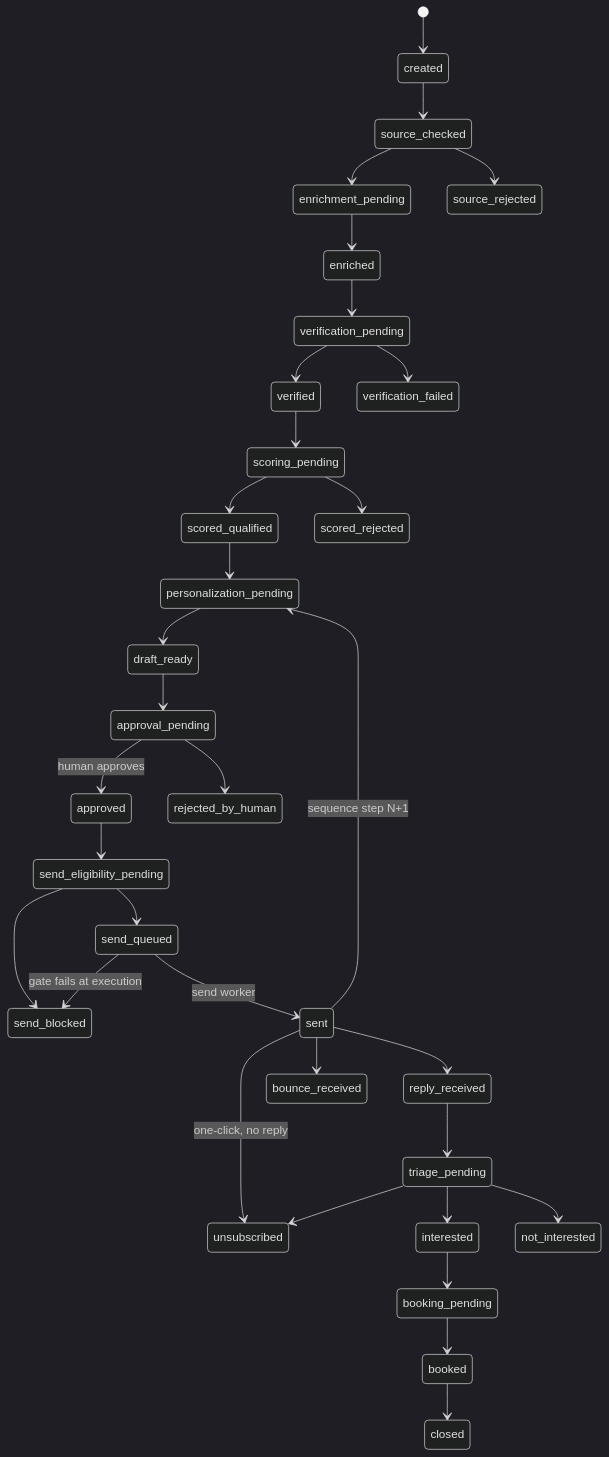
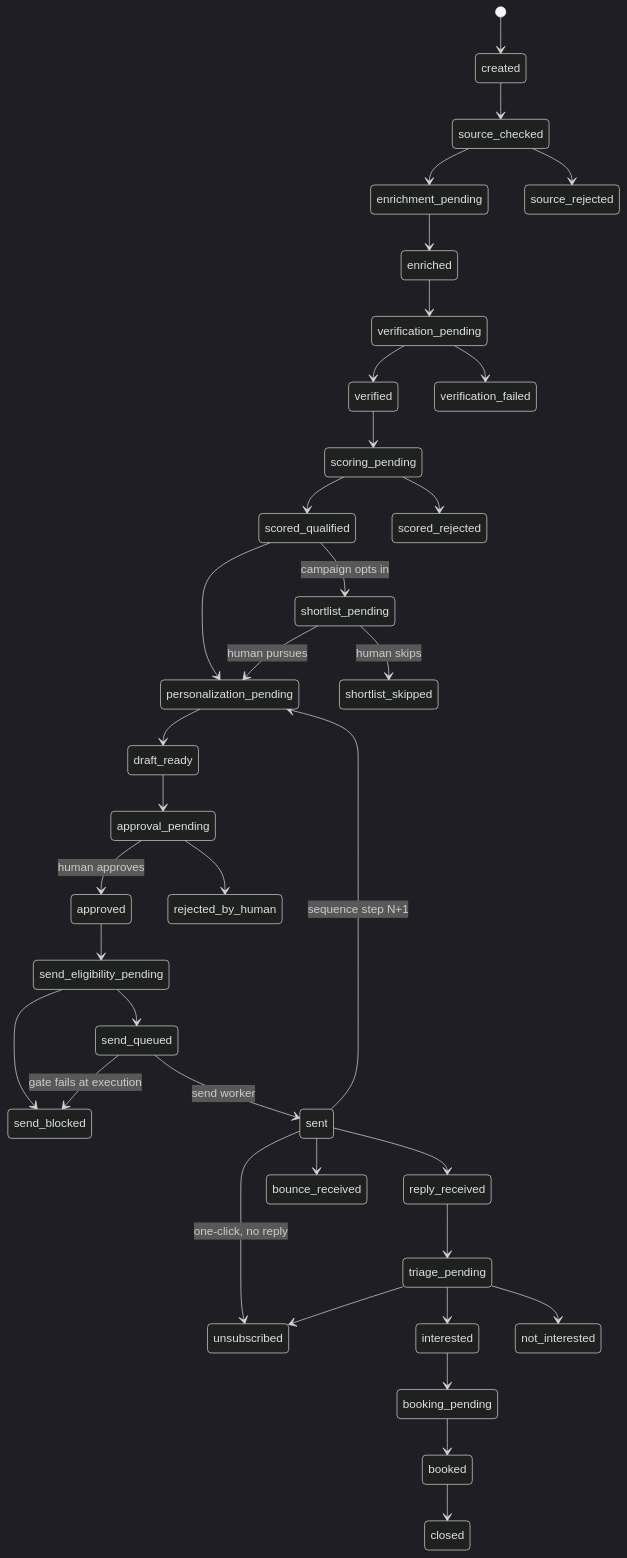
The second of 4 diagrams in docs/control-flow.md (Aakash1337/Relay), drawn with Mermaid (dark theme) before and after one commit. The commit also changed other lines of this file and 13 other files, not shown here.

````diff
--- a/docs/control-flow.md
+++ b/docs/control-flow.md
@@ -65,35 +65,38 @@
 ```mermaid
 stateDiagram-v2
     [*] --> created
     created --> source_checked
     source_checked --> enrichment_pending
     source_checked --> source_rejected
     enrichment_pending --> enriched
     enriched --> verification_pending
     verification_pending --> verified
     verification_pending --> verification_failed
     verified --> scoring_pending
     scoring_pending --> scored_qualified
     scoring_pending --> scored_rejected
     scored_qualified --> personalization_pending
+    scored_qualified --> shortlist_pending: campaign opts in
+    shortlist_pending --> personalization_pending: human pursues
+    shortlist_pending --> shortlist_skipped: human skips
     personalization_pending --> draft_ready
     draft_ready --> approval_pending
     approval_pending --> approved: human approves
     approval_pending --> rejected_by_human
     approved --> send_eligibility_pending
     send_eligibility_pending --> send_queued
     send_eligibility_pending --> send_blocked
     send_queued --> sent: send worker
     send_queued --> send_blocked: gate fails at execution
     sent --> reply_received
     sent --> bounce_received
     sent --> unsubscribed: one-click, no reply
     sent --> personalization_pending: sequence step N+1
     reply_received --> triage_pending
     triage_pending --> interested
     triage_pending --> not_interested
     triage_pending --> unsubscribed
     interested --> booking_pending
     booking_pending --> booked
     booked --> closed
 ```
````
